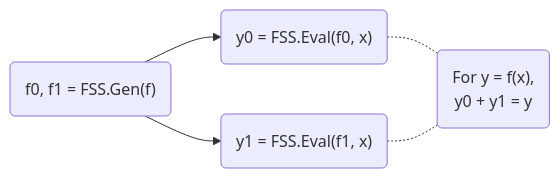
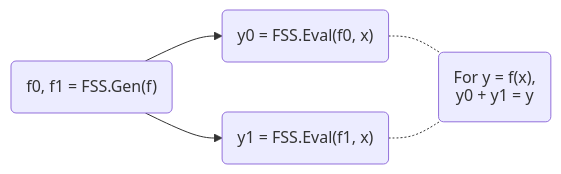
The diagram in README.md (myl7/fss), drawn with Mermaid before and after one commit.

Commit message:
doc: Prevent workflow diagram labels from being clipped

````diff
--- a/README.md
+++ b/README.md
@@ -33,9 +33,13 @@
 ```mermaid
+---
+config:
+  htmlLabels: false
+---
 flowchart LR
     A("f0, f1 = FSS.Gen(f)")
     B0("y0 = FSS.Eval(f0, x)")
     B1("y1 = FSS.Eval(f1, x)")
     C("For y = f(x),<br>y0 + y1 = y")
     A --> B0 & B1
     B0 & B1 -.- C
 ```
````
